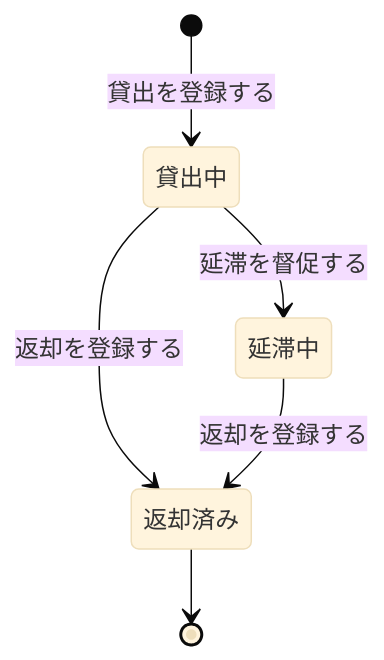
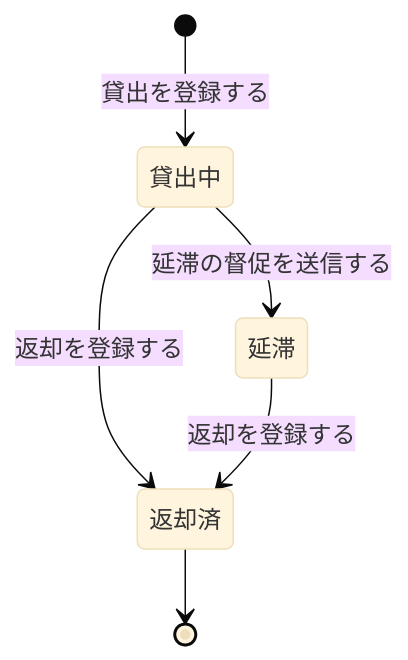
One commit to suwa-sh/suwa-sh-claude-plugins changed the second of 3 diagrams in samples/distillery2/library-loan/docs/requirements/rdra/views/06_状態モデル.md. Above: the diagram before and after it, drawn with Mermaid (base theme). The commit also changed other lines of this file and 249 other files, not shown here.

````diff
--- a/samples/distillery2/library-loan/docs/requirements/rdra/views/06_状態モデル.md
+++ b/samples/distillery2/library-loan/docs/requirements/rdra/views/06_状態モデル.md
@@ -36,11 +35,11 @@
 ```mermaid
 stateDiagram-v2
   s1 : 貸出中
-  s2 : 返却済み
-  s3 : 延滞中
+  s2 : 返却済
+  s3 : 延滞
   [*] --> s1 : 貸出を登録する
   s1 --> s2 : 返却を登録する
-  s1 --> s3 : 延滞を督促する
+  s1 --> s3 : 延滞の督促を送信する
   s3 --> s2 : 返却を登録する
   s2 --> [*]
 ```
````
